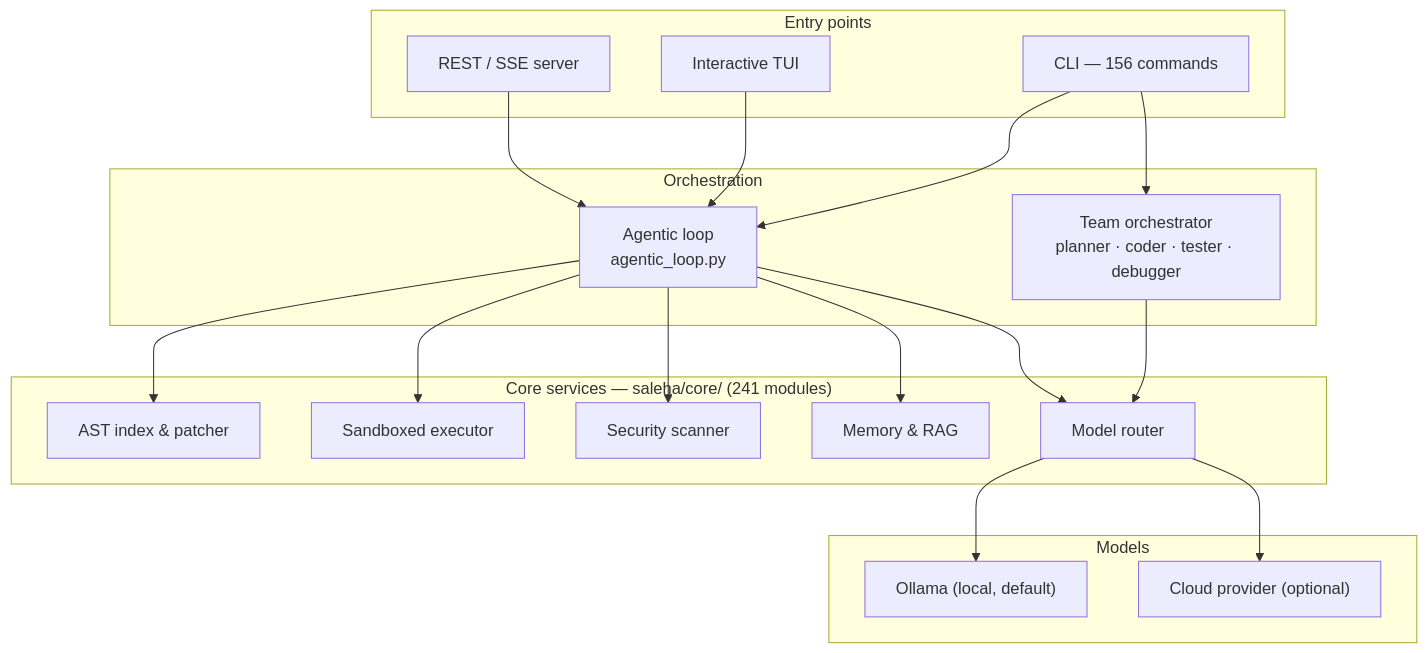
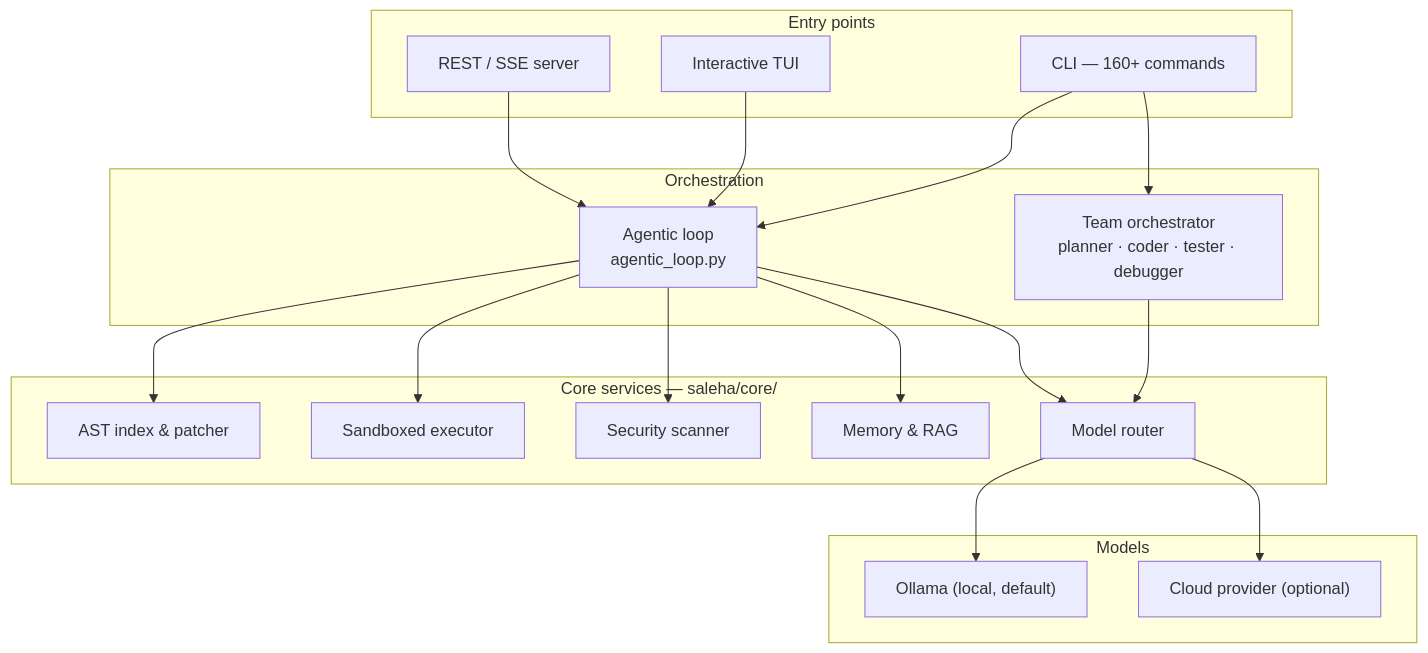
One commit to MDaftab76678-1945/Saleha changed the first of 3 diagrams in README.md. Above: the diagram before and after it, drawn with Mermaid. The commit also changed other lines of this file and 9 other files, not shown here.

````diff
--- a/README.md
+++ b/README.md
@@ -64,39 +64,39 @@
 ```mermaid
 flowchart TB
     subgraph entry["Entry points"]
-        CLI["CLI — 156 commands"]
+        CLI["CLI — 160+ commands"]
         TUI["Interactive TUI"]
         WEB["REST / SSE server"]
     end
 
     subgraph orch["Orchestration"]
         LOOP["Agentic loop<br/>agentic_loop.py"]
         TEAM["Team orchestrator<br/>planner · coder · tester · debugger"]
     end
 
-    subgraph core["Core services — saleha/core/ (241 modules)"]
+    subgraph core["Core services — saleha/core/"]
         INDEX["AST index & patcher"]
         EXEC["Sandboxed executor"]
         SAST["Security scanner"]
         MEM["Memory & RAG"]
         ROUTE["Model router"]
     end
 
     subgraph models["Models"]
         OLLAMA["Ollama (local, default)"]
         CLOUD["Cloud provider (optional)"]
     end
 
     CLI --> LOOP
     TUI --> LOOP
     WEB --> LOOP
     CLI --> TEAM
     LOOP --> INDEX
     LOOP --> EXEC
     LOOP --> SAST
     LOOP --> MEM
     TEAM --> ROUTE
     LOOP --> ROUTE
     ROUTE --> OLLAMA
     ROUTE --> CLOUD
 ```
````
